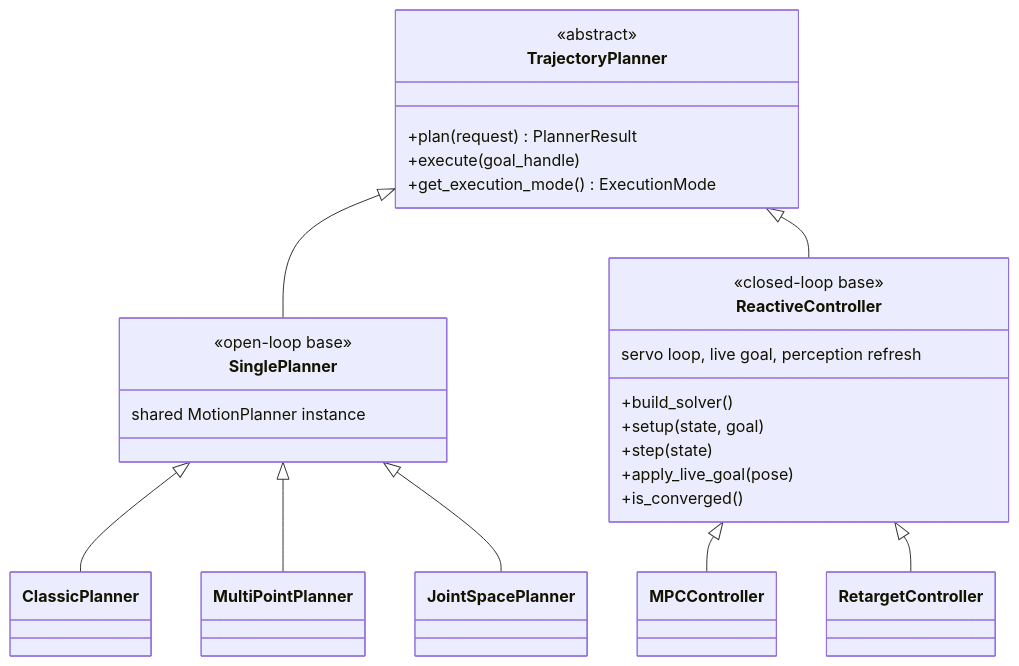
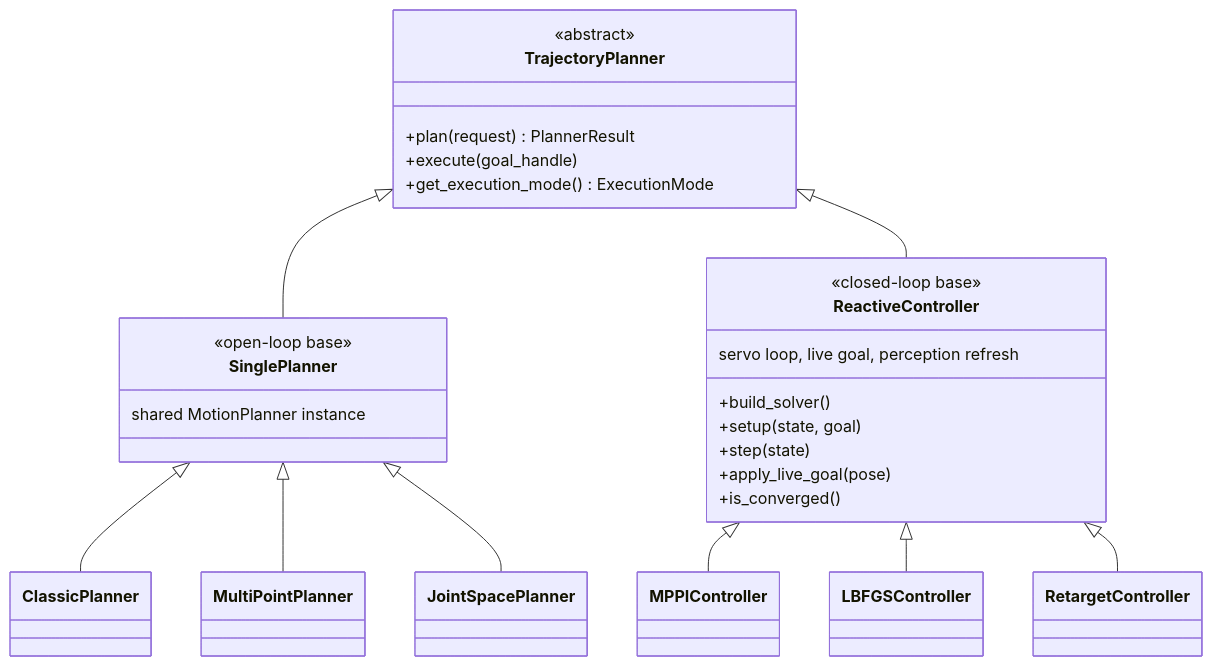
One commit to Lab-CORO/curobo_ros changed the second of 3 diagrams in docs/concepts/architecture.md. Above: the diagram before and after it, drawn with Mermaid. The commit also changed other lines of this file and 9 other files, not shown here.

````diff
--- a/docs/concepts/architecture.md
+++ b/docs/concepts/architecture.md
@@ -54,29 +54,30 @@
 ```{mermaid}
 classDiagram
     class TrajectoryPlanner {
         <<abstract>>
         +plan(request) PlannerResult
         +execute(goal_handle)
         +get_execution_mode() ExecutionMode
     }
     class SinglePlanner {
         <<open-loop base>>
         shared MotionPlanner instance
     }
     class ReactiveController {
         <<closed-loop base>>
         servo loop, live goal, perception refresh
         +build_solver()
         +setup(state, goal)
         +step(state)
         +apply_live_goal(pose)
         +is_converged()
     }
     TrajectoryPlanner <|-- SinglePlanner
     TrajectoryPlanner <|-- ReactiveController
     SinglePlanner <|-- ClassicPlanner
     SinglePlanner <|-- MultiPointPlanner
     SinglePlanner <|-- JointSpacePlanner
-    ReactiveController <|-- MPCController
+    ReactiveController <|-- MPPIController
+    ReactiveController <|-- LBFGSController
     ReactiveController <|-- RetargetController
 ```
````
